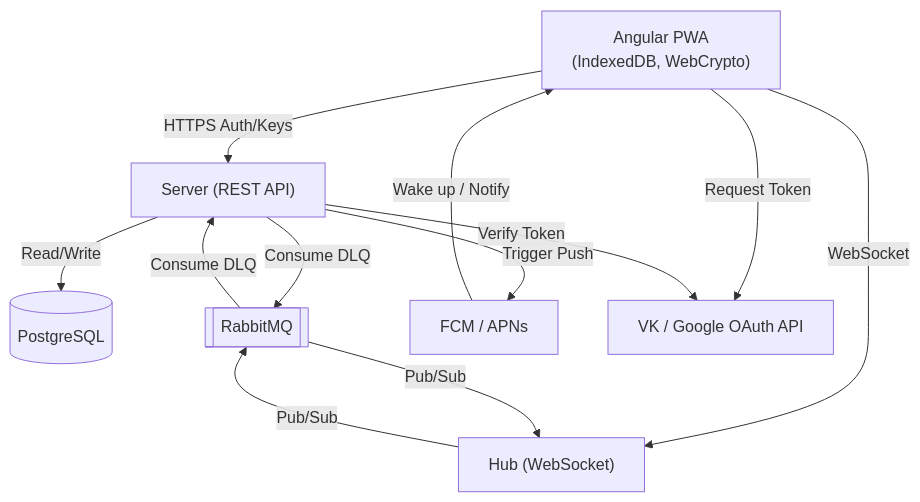
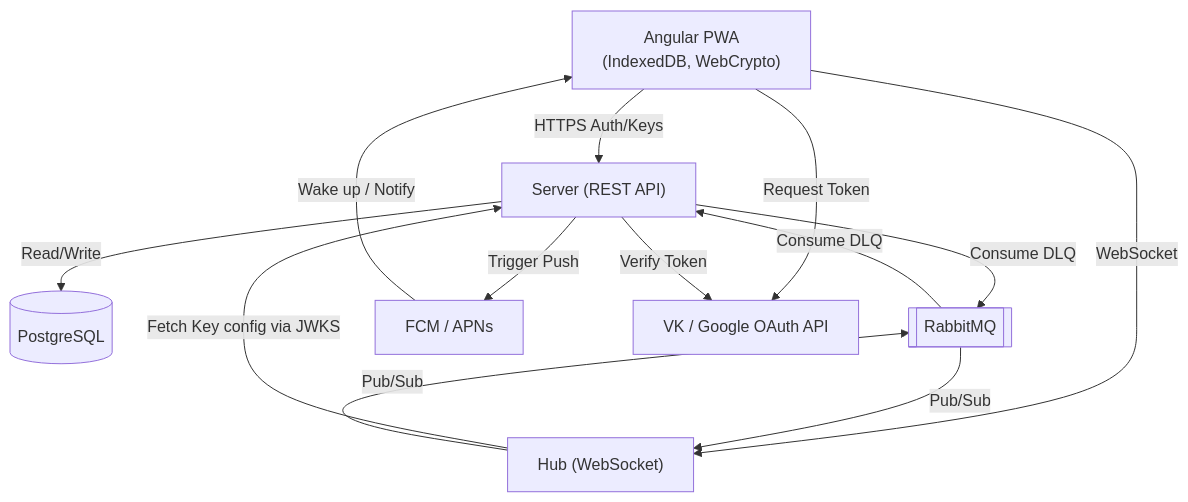
The first of 6 diagrams in doc/ARCHITECTURE.md (olshanskyev/fourletters-meta), drawn with Mermaid before and after one commit. The commit also changed other lines of this file and 5 other files, not shown here.

````diff
--- a/doc/ARCHITECTURE.md
+++ b/doc/ARCHITECTURE.md
@@ -9,22 +9,23 @@
 ```mermaid
 flowchart TD
     Client["Angular PWA<br/>(IndexedDB, WebCrypto)"]
     Hub["Hub (WebSocket)"]
     Server["Server (REST API)"]
     DB[(PostgreSQL)]
     MQ[[RabbitMQ]]
     PushService[FCM / APNs]
     OAuth[VK / Google OAuth API]
 
     Client -->|HTTPS Auth/Keys| Server
     Client -->|WebSocket| Hub
     Client -->|Request Token| OAuth
     Server -->|Verify Token| OAuth
     Server -->|Read/Write| DB
+    Hub -->|Fetch Key config via JWKS| Server
     Hub -->|Pub/Sub| MQ
     MQ -->|Pub/Sub| Hub
     Server -->|Consume DLQ| MQ
     MQ -->|Consume DLQ| Server
     Server -->|Trigger Push| PushService
     PushService -->|Wake up / Notify| Client
 ```
````
